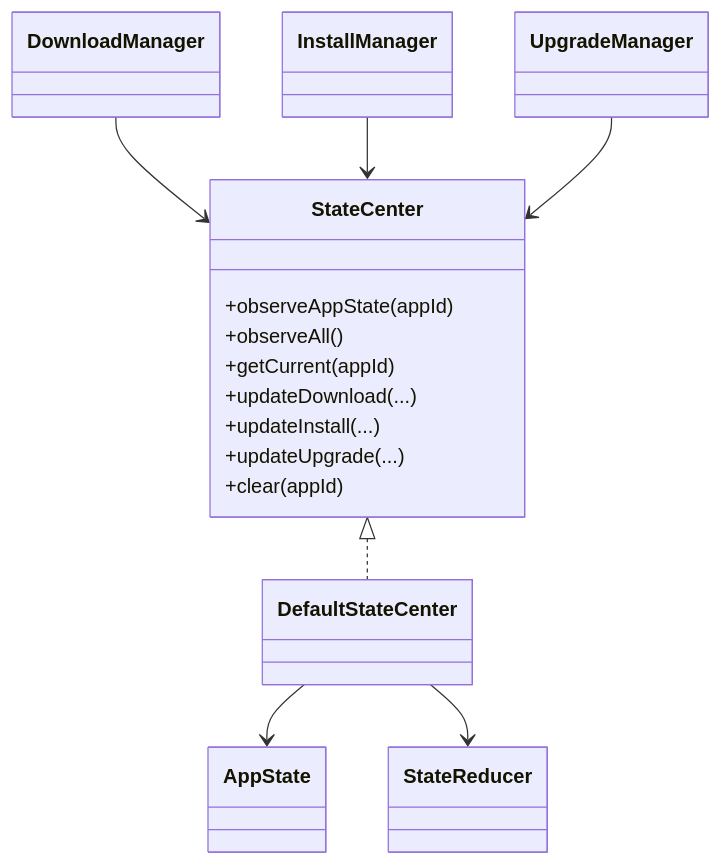
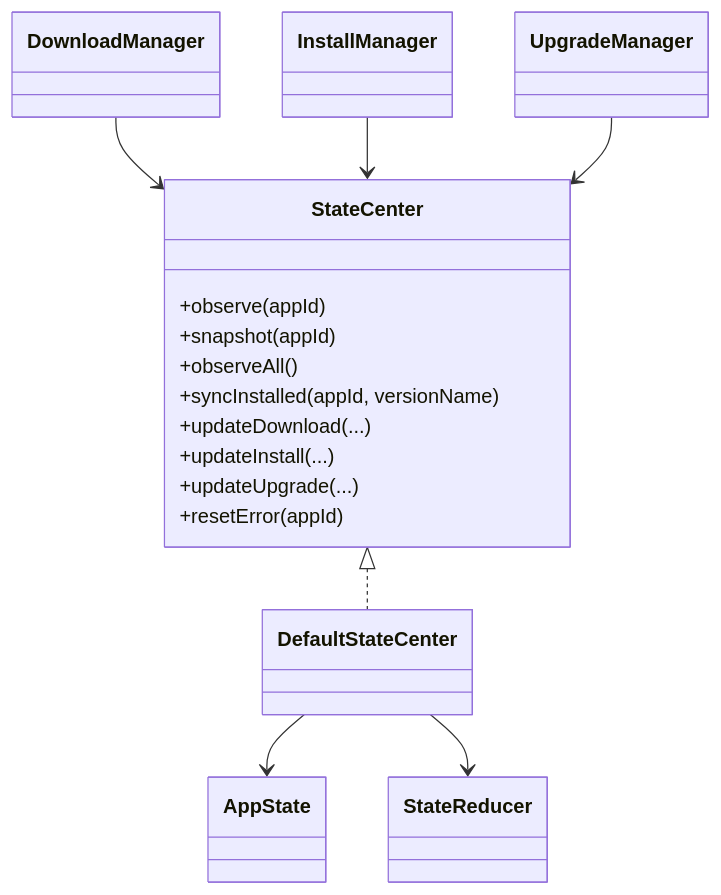
Before and after one commit to XZQ/CarAppStore: the second of 4 diagrams in docs/12-状态中心架构与流程.md, drawn with Mermaid. The commit also changed other lines of this file and 35 other files, not shown here.

Commit message:
Docs: reorganize architecture docs and handoff guide

````diff
--- a/docs/12-状态中心架构与流程.md
+++ b/docs/12-状态中心架构与流程.md
@@ -46,27 +53,28 @@
 ```mermaid
 classDiagram
 
 class StateCenter {
-  +observeAppState(appId)
+  +observe(appId)
+  +snapshot(appId)
   +observeAll()
-  +getCurrent(appId)
+  +syncInstalled(appId, versionName)
   +updateDownload(...)
   +updateInstall(...)
   +updateUpgrade(...)
-  +clear(appId)
+  +resetError(appId)
 }
 
 class DefaultStateCenter
 class AppState
 class StateReducer
 class DownloadManager
 class InstallManager
 class UpgradeManager
 
 StateCenter <|.. DefaultStateCenter
 DefaultStateCenter --> AppState
 DefaultStateCenter --> StateReducer
 DownloadManager --> StateCenter
 InstallManager --> StateCenter
 UpgradeManager --> StateCenter
 ```
````
